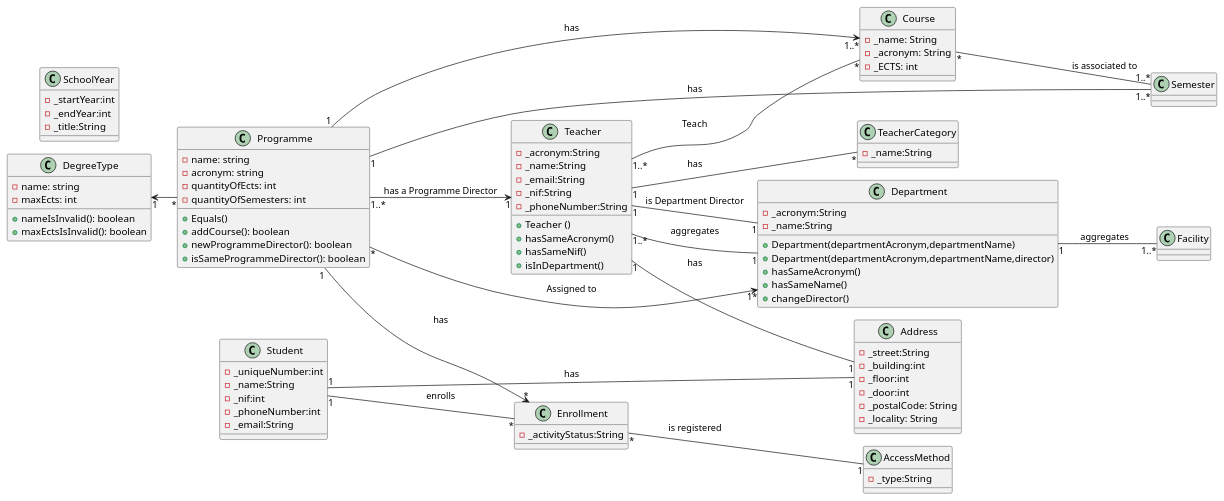
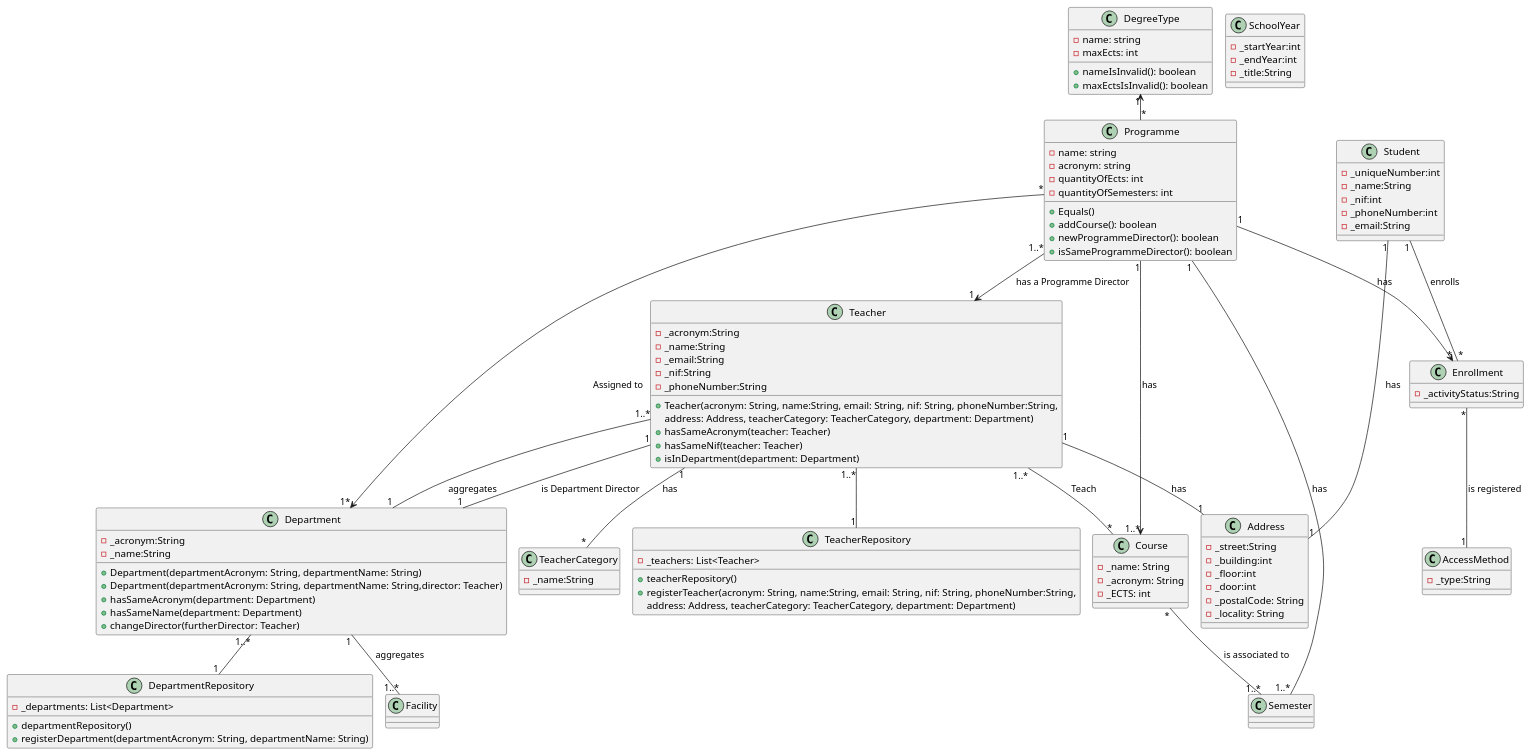
One commit to GasparISEP/DevOps-PAI changed the diagram in docs/classDiagram.puml. Above: the diagram before and after it, drawn with PlantUML.

Commit message:
classDiagram update Teacher, TeacherRepository, Department, DepartmentRepository

```diff
--- a/docs/classDiagram.puml
+++ b/docs/classDiagram.puml
@@ -1,108 +1,125 @@
 @startuml
 !pragma layout smetana
 
- left to right direction
+/'left to right direction'/
 
 class Department {
     -_acronym:String
     -_name:String
-    +Department(departmentAcronym,departmentName)
-    +Department(departmentAcronym,departmentName,director)
-    +hasSameAcronym()
-    +hasSameName()
-    +changeDirector()
+    +Department(departmentAcronym: String, departmentName: String)
+    +Department(departmentAcronym: String, departmentName: String,director: Teacher)
+    +hasSameAcronym(department: Department)
+    +hasSameName(department: Department)
+    +changeDirector(furtherDirector: Teacher)
 }
+
+class DepartmentRepository {
+    -_departments: List<Department>
+    +departmentRepository()
+    +registerDepartment(departmentAcronym: String, departmentName: String)
+}
+
 
 class Facility
 
 class TeacherCategory {
     -_name:String
 }
 
 class Programme {
      - name: string
      - acronym: string
      - quantityOfEcts: int
      - quantityOfSemesters: int
 
      + Equals()
      + addCourse(): boolean
      + newProgrammeDirector(): boolean
      + isSameProgrammeDirector(): boolean
  }
 
 class DegreeType {
     - name: string
     - maxEcts: int
     + nameIsInvalid(): boolean
     + maxEctsIsInvalid(): boolean
 }
 
 class Teacher {
      -_acronym:String
      -_name:String
      -_email:String
      -_nif:String
      -_phoneNumber:String
-     +Teacher ()
-     +hasSameAcronym()
-     +hasSameNif()
-     +isInDepartment()
+     +Teacher(acronym: String, name:String, email: String, nif: String, phoneNumber:String,
+     address: Address, teacherCategory: TeacherCategory, department: Department)
+     +hasSameAcronym(teacher: Teacher)
+     +hasSameNif(teacher: Teacher)
+     +isInDepartment(department: Department)
+}
+
+class TeacherRepository {
+    -_teachers: List<Teacher>
+    +teacherRepository()
+    +registerTeacher(acronym: String, name:String, email: String, nif: String, phoneNumber:String,
+                          address: Address, teacherCategory: TeacherCategory, department: Department)
 }
 
 
 class SchoolYear {
     -_startYear:int
     -_endYear:int
     -_title:String
 }
 
 class Enrollment {
     -_activityStatus:String
 }
 
 class Student {
     -_uniqueNumber:int
     -_name:String
     -_nif:int
     -_phoneNumber:int
     -_email:String
 }
 
 class AccessMethod {
     -_type:String
 }
 
 class Address {
      -_street:String
      -_building:int
      -_floor:int
      -_door:int
      -_postalCode: String
      -_locality: String
 }
 
 class Course {
     -_name: String
     -_acronym: String
     -_ECTS: int
 }
 
 Department "1" -- "1..*" Facility : aggregates
 Teacher "1" -- "1" Address: has
 Student "1" -- "1" Address: has
 Programme "1..*" --> "1" Teacher : has a Programme Director
 Teacher "1" -- "*" TeacherCategory: has
 Teacher "1..*" -- "*" Course: Teach
 Course "*" -- "1..*" Semester: is associated to
 Course  "1..*" <-- "1" Programme: has
 Programme "1" -- "1..*" Semester: has
 Programme "*" --> "1*" Department: Assigned to
 DegreeType "1" <-- "*" Programme
 Enrollment "*" -- "1" AccessMethod: is registered
 Programme "1"  --> "*" Enrollment: has
 Student "1" -- "*" Enrollment: enrolls
 Teacher "1" -- "1" Department: is Department Director
 Teacher "1..*" -- "1" Department: aggregates
+Teacher "1..*" -- "1" TeacherRepository
+Department "1..*" -- "1" DepartmentRepository
 
 @enduml
```
